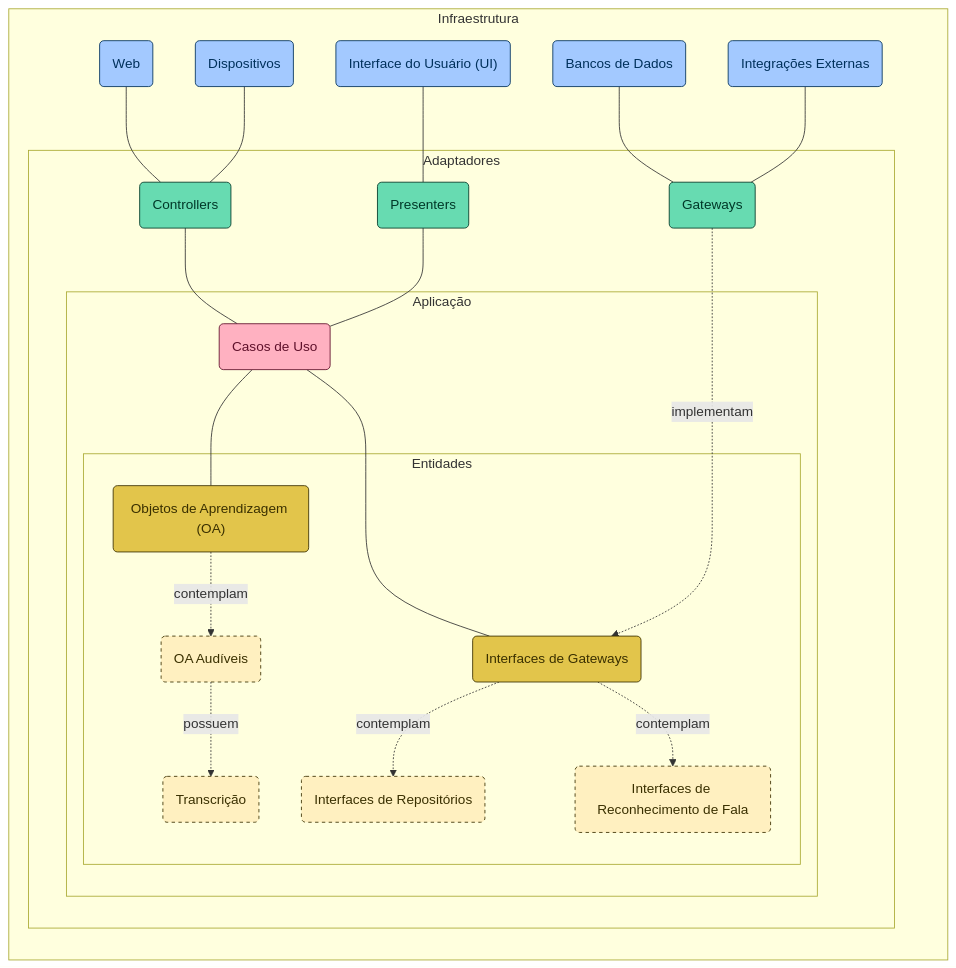
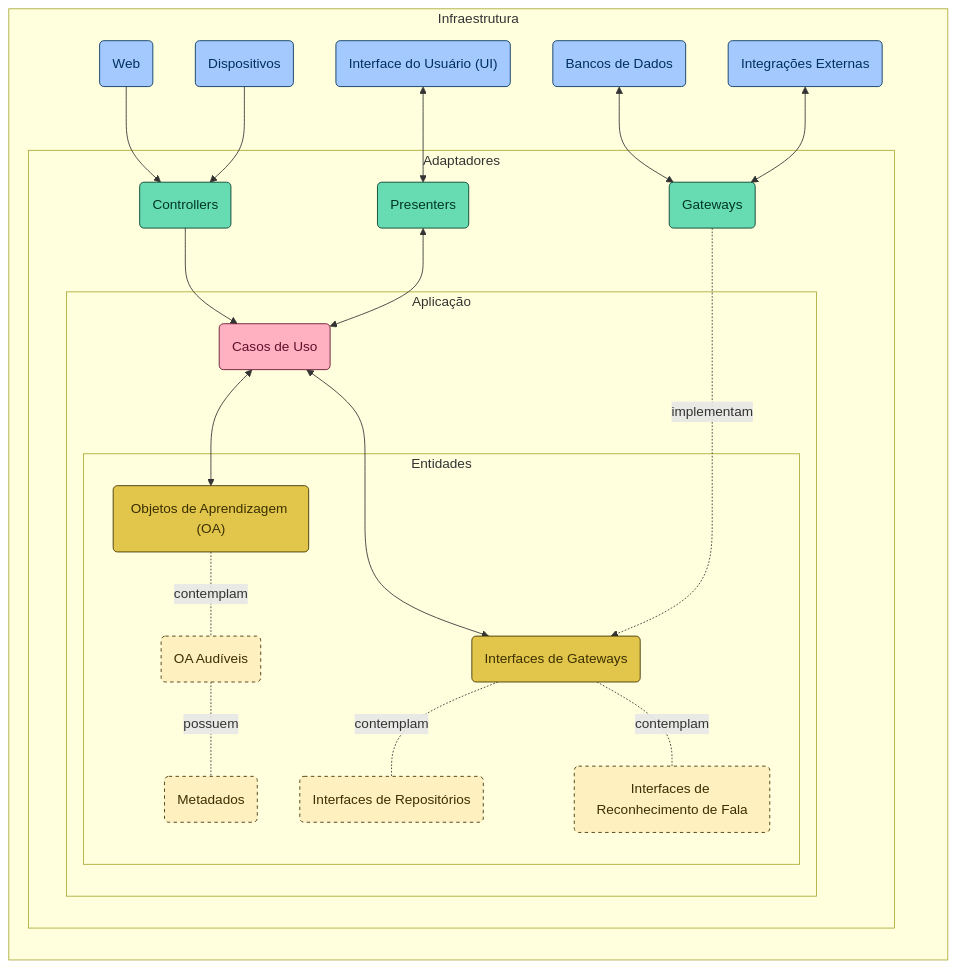
Before and after one commit to falvojr/speech2learning: the diagram in flowchart.md, drawn with Mermaid.

````diff
--- a/flowchart.md
+++ b/flowchart.md
@@ -1,42 +1,42 @@
 ```mermaid
 graph RL;
-  subgraph "Infraestrutura";
-    Web(Web) --- Con
-    Dis(Dispositivos) --- Con
-    UI("Interface do Usuário (UI)") --- Pre
-    BD(Bancos de Dados) --- Gat
-    EXT(Integrações Externas) --- Gat
+  subgraph layer-infra[Infraestrutura];
+    Web(Web) --> Con
+    Dis(Dispositivos) --> Con
+    UI("Interface do Usuário (UI)") <--> Pre
+    BD(Bancos de Dados) <--> Gat
+    EXT(Integrações Externas) <--> Gat
 
-    subgraph "Adaptadores";
-      Con(Controllers) --- UC
-      Pre(Presenters) --- UC
+    subgraph layer-adpaters[Adaptadores];
+      Con(Controllers) --> UC
+      Pre(Presenters) <--> UC
       Gat(Gateways) -...-> |implementam| IGat
 
-      subgraph "Aplicação";
-        UC(Casos de Uso) --- OA
-        UC --- IGat
+      subgraph layer-app[Aplicação];
+        UC(Casos de Uso) <--> OA
+        UC <--> IGat
 
-        subgraph "Entidades";
+        subgraph layer-entities[Entidades];
           OA("Objetos de Aprendizagem (OA)")
-          OA -.-> |contemplam| OAA(OA Audíveis)
-          OAA -.-> |possuem| Tra(Transcrição)
+          OA -.- |contemplam| OAA(OA Audíveis)
+          OAA -.- |possuem| Meta(Metadados)
           IGat(Interfaces de Gateways)
-          IGat -.-> |contemplam| IRep(Interfaces de Repositórios)
-          IGat -.-> |contemplam| IS2T(Interfaces de Reconhecimento de Fala)
+          IGat -.- |contemplam| IRep(Interfaces de Repositórios)
+          IGat -.- |contemplam| IS2T(Interfaces de Reconhecimento de Fala)
         end
      end
     end
   end
 
 classDef infra fill:#a3c9ff,stroke:#00315c,color:#00315c;
 classDef adapters fill:#67dbb1,stroke:#003828,color:#003828;
 classDef ucs fill:#ffb1c1,stroke:#5f112b,color:#5f112b;
 classDef entities fill:#e2c54b,stroke:#3a3000,color:#3a3000;
 classDef entities_secondary fill:#fff0c0,stroke:#3a3000,color:#3a3000,stroke-dasharray: 4 4;
 
 class Web,Dis,UI,BD,EXT infra;
 class Con,Gat,Pre adapters;
 class UC ucs;
 class OA,IGat entities;
-class OAA,Tra,IRep,IS2T entities_secondary;
+class OAA,Meta,IRep,IS2T entities_secondary;
 ```
````
